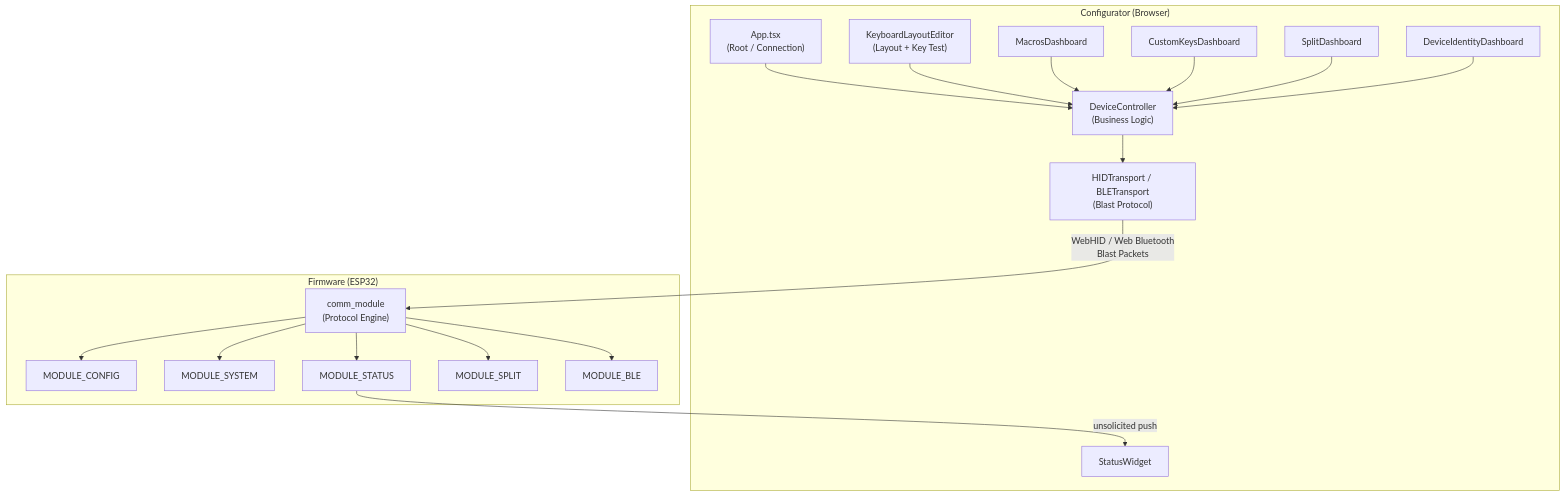
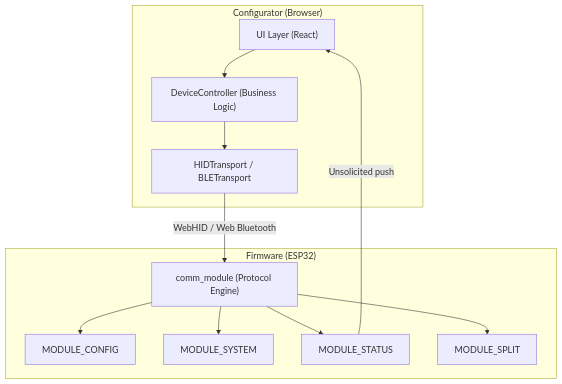
Before and after one commit to frentuka/Tecleados-ESP-Firmware: the diagram in universe/modules/CONFIGURATOR.md, drawn with Mermaid. The commit also changed other lines of this file and 8 other files, not shown here.

````diff
--- a/universe/modules/CONFIGURATOR.md
+++ b/universe/modules/CONFIGURATOR.md
@@ -154,42 +20,26 @@
 ```mermaid
 graph TD
     subgraph configurator ["Configurator (Browser)"]
-        APP["App.tsx\n(Root / Connection)"]
-        KLE_UI["KeyboardLayoutEditor\n(Layout + Key Test)"]
-        MACRO_UI["MacrosDashboard"]
-        CK_UI["CustomKeysDashboard"]
-        SPLIT_UI["SplitDashboard"]
-        DEV_UI["DeviceIdentityDashboard"]
-        STATUS_W["StatusWidget"]
-
-        DC["DeviceController\n(Business Logic)"]
-        TRANSPORT["HIDTransport / BLETransport\n(Blast Protocol)"]
+        UI["UI Layer (React)"]
+        DC["DeviceController (Business Logic)"]
+        TRANSPORT["HIDTransport / BLETransport"]
     end
 
     subgraph firmware ["Firmware (ESP32)"]
-        COMM_ENG["comm_module\n(Protocol Engine)"]
+        COMM_ENG["comm_module (Protocol Engine)"]
         CFG["MODULE_CONFIG"]
         SYS["MODULE_SYSTEM"]
         STAT["MODULE_STATUS"]
         SPL["MODULE_SPLIT"]
-        BLE_CB["MODULE_BLE"]
     end
 
-    APP --> DC
-    KLE_UI --> DC
-    MACRO_UI --> DC
-    CK_UI --> DC
-    SPLIT_UI --> DC
-    DEV_UI --> DC
+    UI --> DC
     DC --> TRANSPORT
-
-    TRANSPORT -- "WebHID / Web Bluetooth\nBlast Packets" --> COMM_ENG
+    TRANSPORT -- "WebHID / Web Bluetooth" --> COMM_ENG
 
     COMM_ENG --> CFG
     COMM_ENG --> SYS
     COMM_ENG --> STAT
     COMM_ENG --> SPL
-    COMM_ENG --> BLE_CB
-
-    STAT -- "unsolicited push" --> STATUS_W
+    STAT -- "Unsolicited push" --> UI
 ```
````
